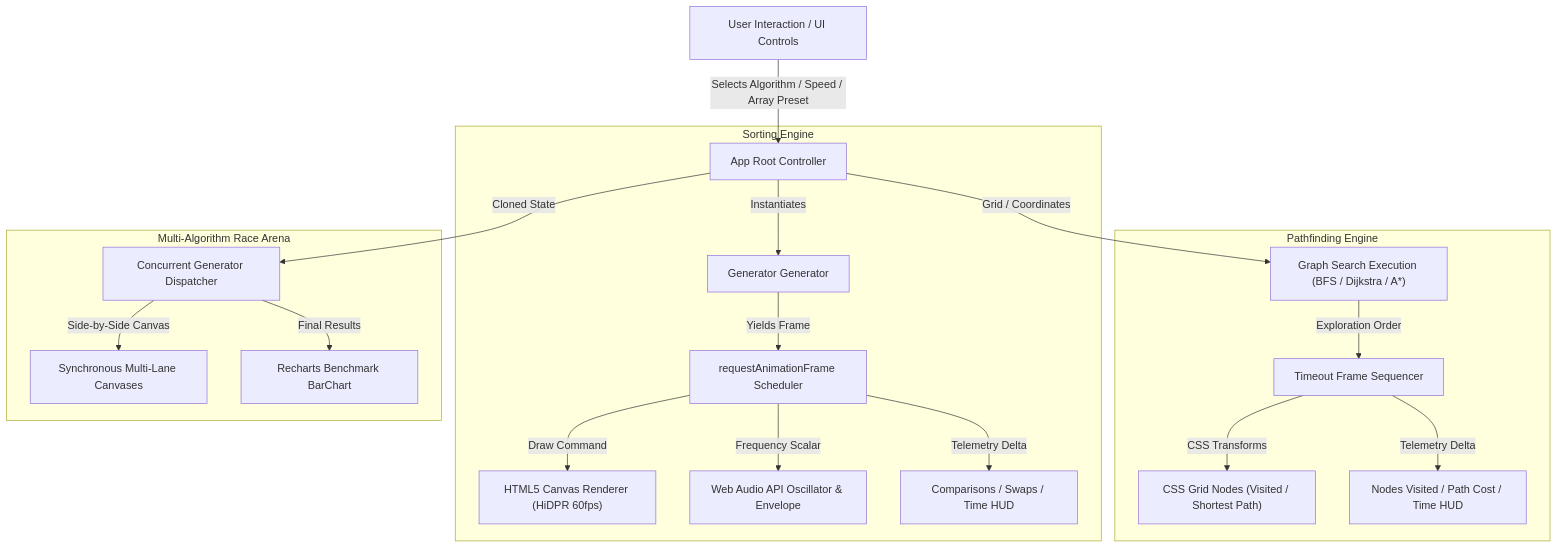
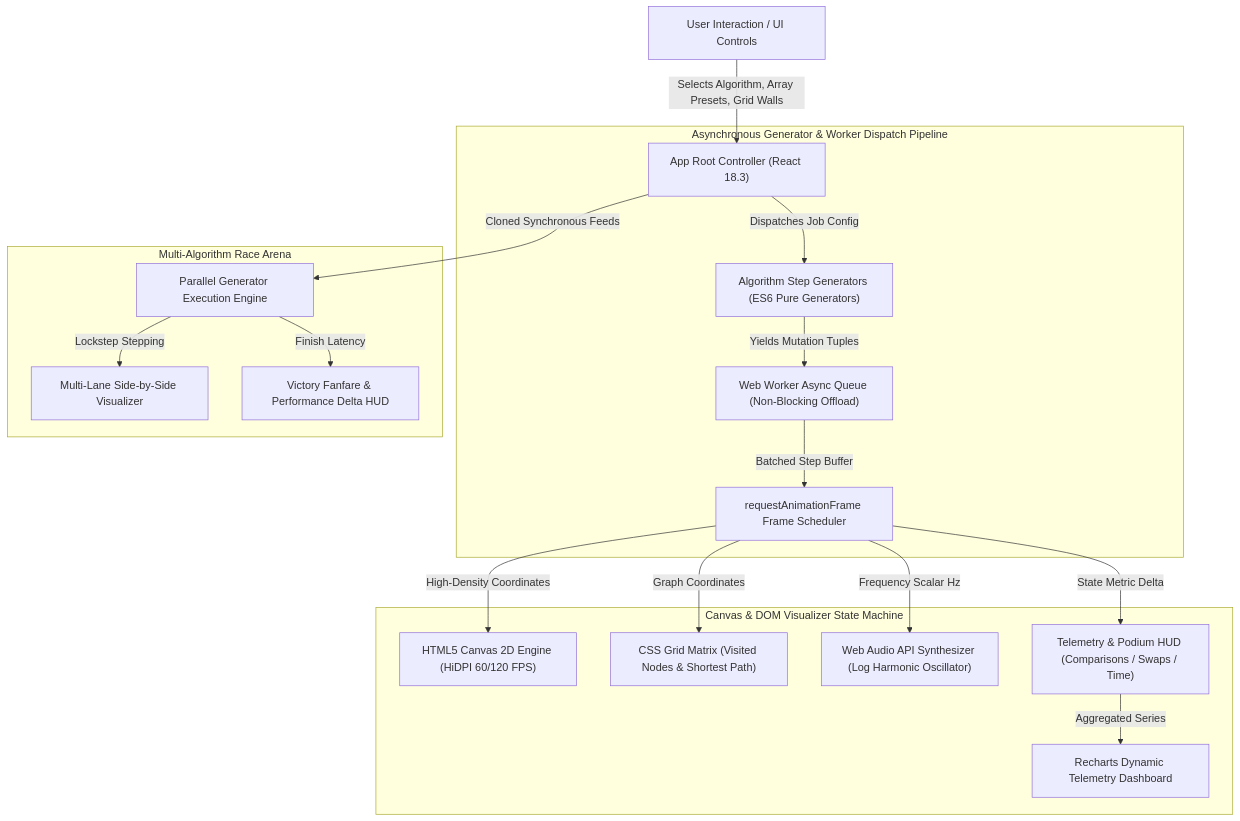
One commit to TheRollerBlader/sorting-pathfinding-visualizer changed the first of 3 diagrams in README.md. Above: the diagram before and after it, drawn with Mermaid. The commit also changed other lines of this file and 10 other files, not shown here.

````diff
--- a/README.md
+++ b/README.md
@@ -52,25 +62,24 @@
 ```mermaid
 flowchart TD
-    User["User Interaction / UI Controls"] -->|Selects Algorithm / Speed / Array Preset| AppController["App Root Controller"]
+    User["User Interaction / UI Controls"] -->|Selects Algorithm, Array Presets, Grid Walls| RootController["App Root Controller (React 18.3)"]
 
-    subgraph SortingSubsystem["Sorting Engine"]
-        AppController -->|Instantiates| SortGen["Generator Generator<SortStep>"]
-        SortGen -->|Yields Frame| RafLoop["requestAnimationFrame Scheduler"]
-        RafLoop -->|Draw Command| CanvasRenderer["HTML5 Canvas Renderer (HiDPR 60fps)"]
-        RafLoop -->|Frequency Scalar| AudioEngine["Web Audio API Oscillator & Envelope"]
-        RafLoop -->|Telemetry Delta| SortMetrics["Comparisons / Swaps / Time HUD"]
+    subgraph AsyncPipeline["Asynchronous Generator & Worker Dispatch Pipeline"]
+        RootController -->|Dispatches Job Config| StepGenerators["Algorithm Step Generators (ES6 Pure Generators)"]
+        StepGenerators -->|Yields Mutation Tuples| WorkerQueue["Web Worker Async Queue (Non-Blocking Offload)"]
+        WorkerQueue -->|Batched Step Buffer| Scheduler["requestAnimationFrame Frame Scheduler"]
     end
 
-    subgraph PathfindingSubsystem["Pathfinding Engine"]
-        AppController -->|Grid / Coordinates| PathEngine["Graph Search Execution (BFS / Dijkstra / A*)"]
-        PathEngine -->|Exploration Order| AnimTimeline["Timeout Frame Sequencer"]
-        AnimTimeline -->|CSS Transforms| GridDOM["CSS Grid Nodes (Visited / Shortest Path)"]
-        AnimTimeline -->|Telemetry Delta| PathMetrics["Nodes Visited / Path Cost / Time HUD"]
+    subgraph PresentationTier["Canvas & DOM Visualizer State Machine"]
+        Scheduler -->|High-Density Coordinates| CanvasEngine["HTML5 Canvas 2D Engine (HiDPI 60/120 FPS)"]
+        Scheduler -->|Graph Coordinates| GridDOM["CSS Grid Matrix (Visited Nodes & Shortest Path)"]
+        Scheduler -->|Frequency Scalar Hz| WebAudioSynth["Web Audio API Synthesizer (Log Harmonic Oscillator)"]
+        Scheduler -->|State Metric Delta| TelemetryState["Telemetry & Podium HUD (Comparisons / Swaps / Time)"]
+        TelemetryState -->|Aggregated Series| RechartsEngine["Recharts Dynamic Telemetry Dashboard"]
     end
 
-    subgraph RaceArenaSubsystem["Multi-Algorithm Race Arena"]
-        AppController -->|Cloned State| ConcurrentRunners["Concurrent Generator Dispatcher"]
-        ConcurrentRunners -->|Side-by-Side Canvas| MultiCanvas["Synchronous Multi-Lane Canvases"]
-        ConcurrentRunners -->|Final Results| RechartsHUD["Recharts Benchmark BarChart"]
+    subgraph DualRaceArena["Multi-Algorithm Race Arena"]
+        RootController -->|Cloned Synchronous Feeds| ConcurrentEngines["Parallel Generator Execution Engine"]
+        ConcurrentEngines -->|Lockstep Stepping| MultiViewCanvas["Multi-Lane Side-by-Side Visualizer"]
+        ConcurrentEngines -->|Finish Latency| PodiumHUD["Victory Fanfare & Performance Delta HUD"]
     end
 ```
````
